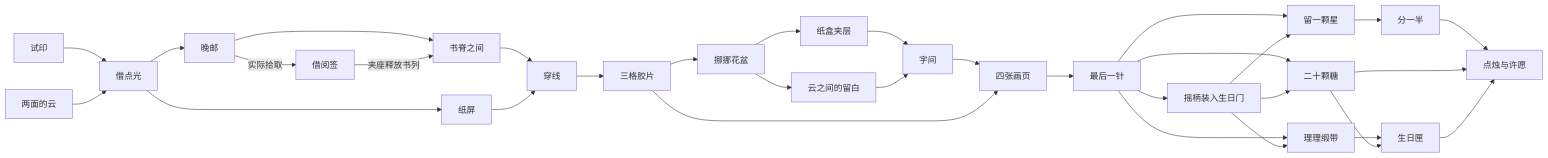
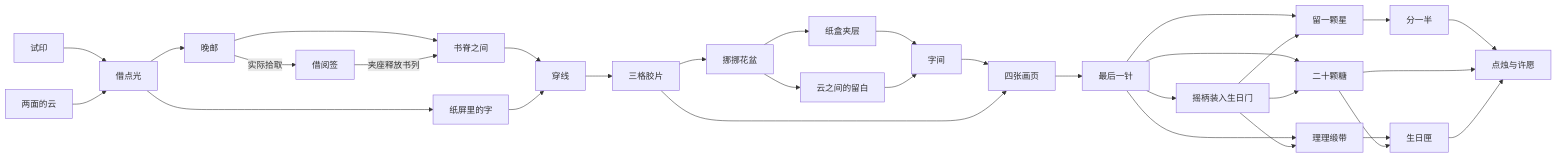
The diagram in docs/v29-relations.md (liu2024whu-bit/smallgame), drawn with Mermaid before and after one commit. The commit also changed other lines of this file and 97 other files, not shown here.

````diff
--- a/docs/v29-relations.md
+++ b/docs/v29-relations.md
@@ -7,53 +7,53 @@
 ```mermaid
 flowchart LR
   paper["试印"]
   cloud["两面的云"]
   calibration["借点光"]
   postbox["晚邮"]
   books["书脊之间"]
-  screen["纸屏"]
+  screen["纸屏里的字"]
   belt["穿线"]
   film["三格胶片"]
   flowers["挪挪花盆"]
   paperBack["纸盒夹层"]
   cloudGap["云之间的留白"]
   wordlock["字间"]
   album["四张画页"]
   stitch["最后一针"]
   chocolate["留一颗星"]
   cocoa["分一半"]
   sweets["二十颗糖"]
   ribbons["理理缎带"]
   birthdayLock["生日匣"]
   paper --> calibration
   cloud --> calibration
   calibration --> postbox
   postbox --> books
   calibration --> screen
   books --> belt
   screen --> belt
   belt --> film
   film --> flowers
   flowers --> paperBack
   flowers --> cloudGap
   paperBack --> wordlock
   cloudGap --> wordlock
   wordlock --> album
   film --> album
   album --> stitch
   stitch --> chocolate
   chocolate --> cocoa
   stitch --> sweets
   stitch --> ribbons
   ribbons --> birthdayLock
   postbox -->|实际拾取| borrowSlip["借阅签"]
   borrowSlip -->|夹座释放书列| books
   stitch --> birthdayDoor["摇柄装入生日门"]
   birthdayDoor --> chocolate
   birthdayDoor --> sweets
   birthdayDoor --> ribbons
   sweets --> birthdayLock
   cocoa --> candles["点烛与许愿"]
   sweets --> candles
   birthdayLock --> candles
 ```
````
